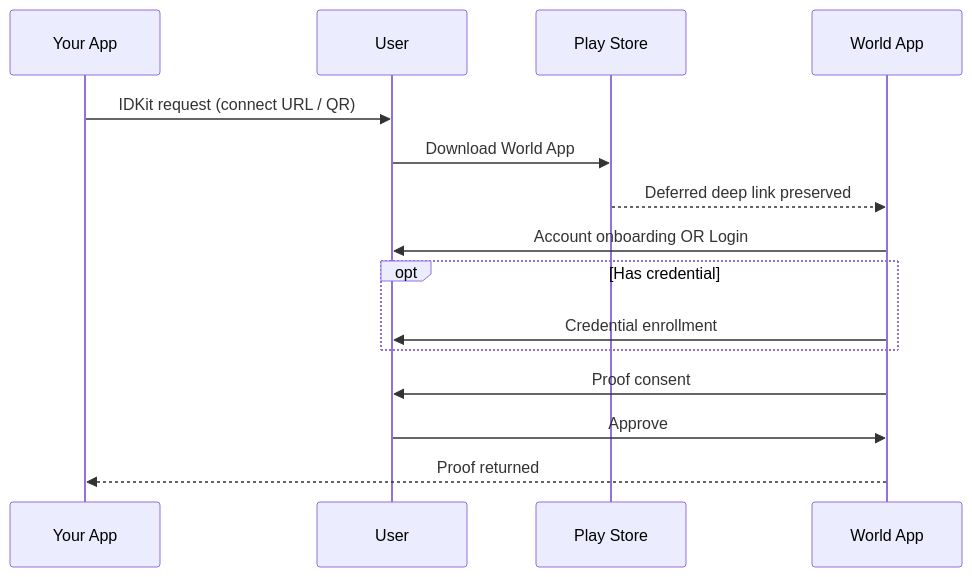
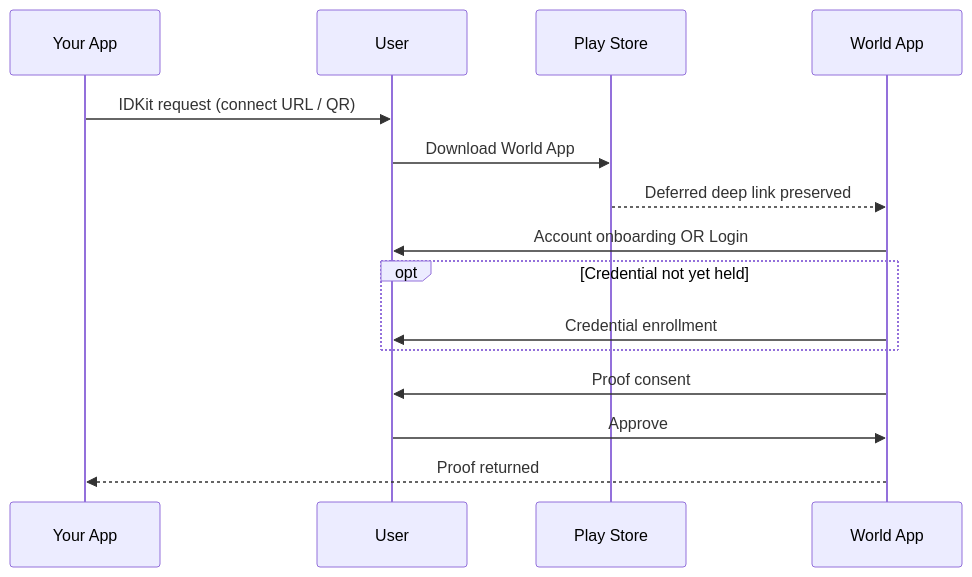
The first of 3 diagrams in world-id/idkit/verification-flows.mdx (worldcoin/developer-docs), drawn with Mermaid before and after one commit. The commit also changed other lines of this file and 1 other file, not shown here.

````diff
--- a/world-id/idkit/verification-flows.mdx
+++ b/world-id/idkit/verification-flows.mdx
@@ -25,19 +28,19 @@
 ```mermaid
 sequenceDiagram
     participant App as Your App
     participant User
     participant Play as Play Store
     participant WA as World App
 
     App->>User: IDKit request (connect URL / QR)
     User->>Play: Download World App
     Play-->>WA: Deferred deep link preserved
 
     WA->>User: Account onboarding OR Login
-    opt Has credential
+    opt Credential not yet held
       WA->>User: Credential enrollment
     end
     WA->>User: Proof consent
     User->>WA: Approve
     WA-->>App: Proof returned
 ```
````
